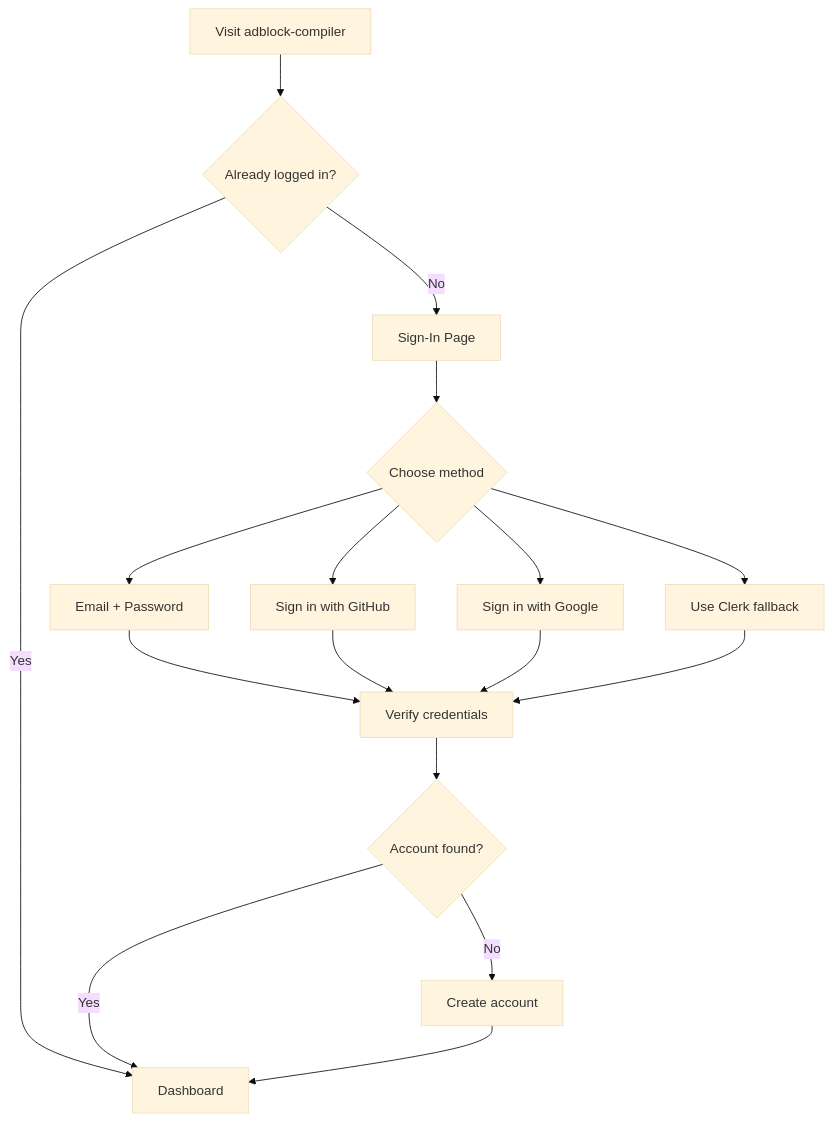
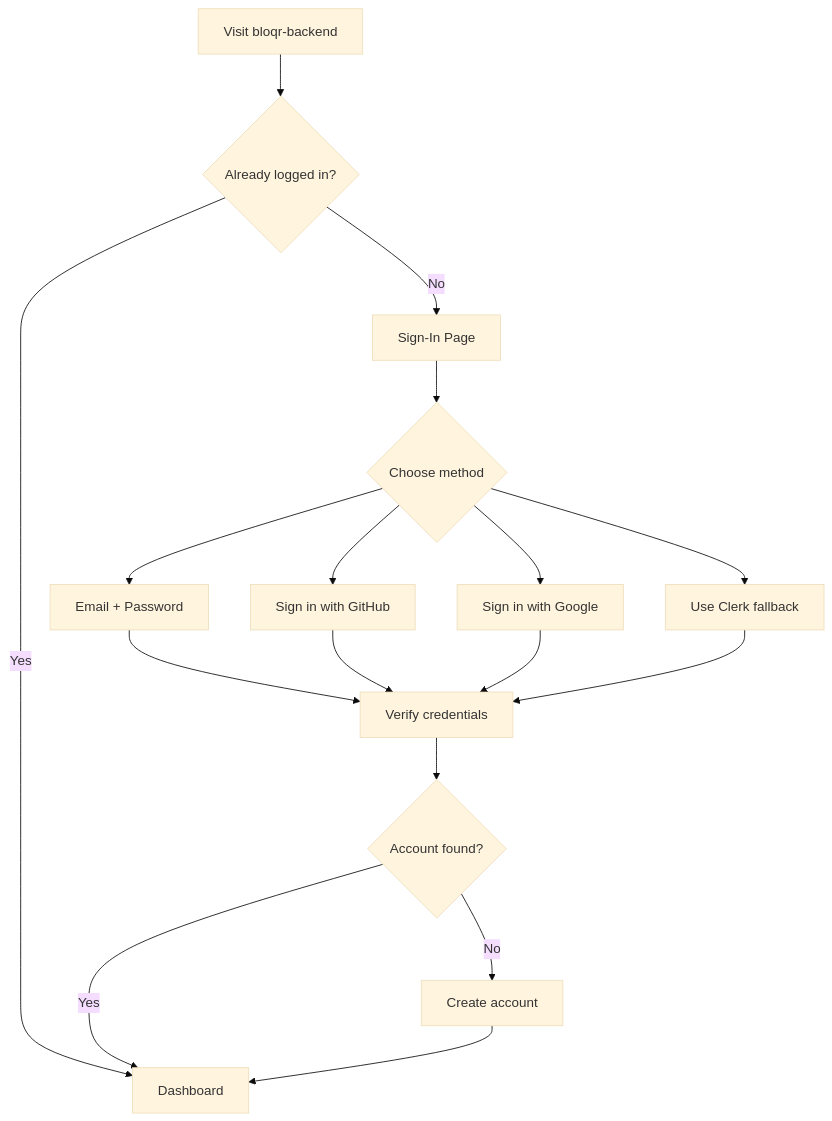
The first of 2 diagrams in docs/guides/USER_MIGRATION_GUIDE.md (jaypatrick/adblock-compiler), drawn with Mermaid (base theme) before and after one commit. The commit also changed other lines of this file and 252 other files, not shown here.

First line of the commit message:
chore: rename Cloudflare Worker names from adblock- to bloqr- (bloqr-compiler → bloqr-backend) (#1762)

````diff
--- a/docs/guides/USER_MIGRATION_GUIDE.md
+++ b/docs/guides/USER_MIGRATION_GUIDE.md
@@ -66,19 +66,19 @@
 ```mermaid
 flowchart TD
-    A[Visit adblock-compiler] --> B{Already logged in?}
+    A[Visit bloqr-backend] --> B{Already logged in?}
     B -- Yes --> C[Dashboard]
     B -- No --> D[Sign-In Page]
     D --> E{Choose method}
     E --> F[Email + Password]
     E --> G[Sign in with GitHub]
     E --> H[Sign in with Google]
     E --> I[Use Clerk fallback]
     F --> J[Verify credentials]
     G --> J
     H --> J
     I --> J
     J --> K{Account found?}
     K -- Yes --> C
     K -- No --> L[Create account]
     L --> C
 ```
````
